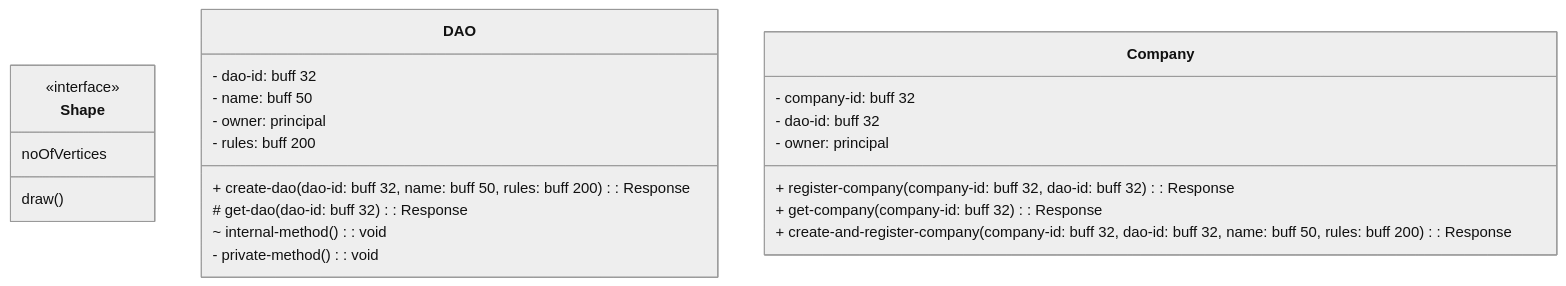
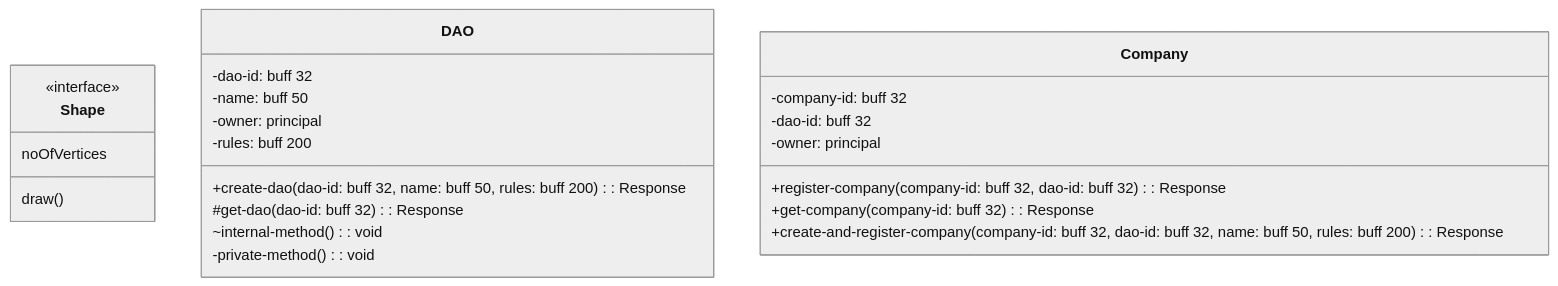
Before and after one commit to mijoco-btc/ai-flow: the second of 2 diagrams in docs/dao-and-crews/crews-and-edao/scenario-2-edao-and-resource-contracts/README.md, drawn with Mermaid (neutral theme). The commit also changed other lines of this file and 1 other file, not shown here.

````diff
--- a/docs/dao-and-crews/crews-and-edao/scenario-2-edao-and-resource-contracts/README.md
+++ b/docs/dao-and-crews/crews-and-edao/scenario-2-edao-and-resource-contracts/README.md
@@ -14,27 +32,26 @@
 ```mermaid
 classDiagram
     class Shape{
         <<interface>>
         noOfVertices
         draw()
     }
     class DAO {
-      - dao-id: buff 32
-      - name: buff 50
-      - owner: principal
-      - rules: buff 200
-      + create-dao(dao-id: buff 32, name: buff 50, rules: buff 200): Response
-      \# get-dao(dao-id: buff 32): Response
-      ~ internal-method(): void
-      - private-method(): void
+      -dao-id: buff 32
+      -name: buff 50
+      -owner: principal
+      -rules: buff 200
+      +create-dao(dao-id: buff 32, name: buff 50, rules: buff 200): Response
+      #get-dao(dao-id: buff 32): Response
+      ~internal-method(): void
+      -private-method(): void
     }
-
     class Company {
-      - company-id: buff 32
-      - dao-id: buff 32
-      - owner: principal
-      + register-company(company-id: buff 32, dao-id: buff 32): Response
-      + get-company(company-id: buff 32): Response
-      + create-and-register-company(company-id: buff 32, dao-id: buff 32, name: buff 50, rules: buff 200): Response
+      -company-id: buff 32
+      -dao-id: buff 32
+      -owner: principal
+      +register-company(company-id: buff 32, dao-id: buff 32): Response
+      +get-company(company-id: buff 32): Response
+      +create-and-register-company(company-id: buff 32, dao-id: buff 32, name: buff 50, rules: buff 200): Response
     }
 ```
````
